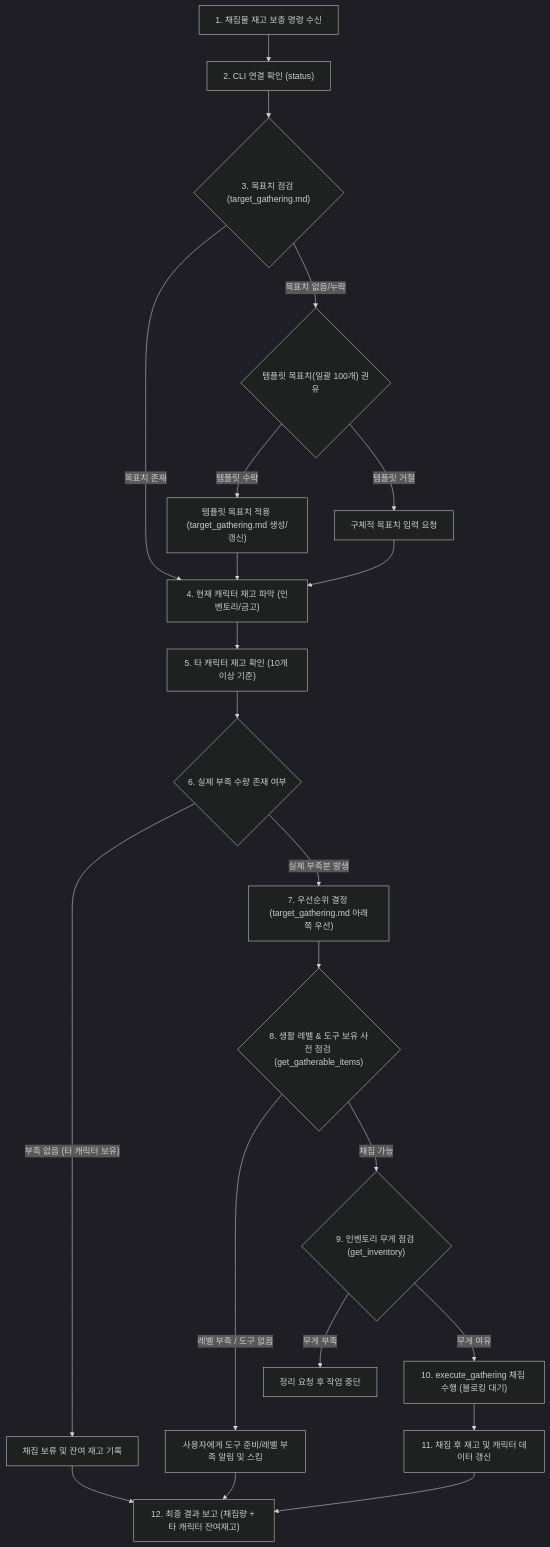
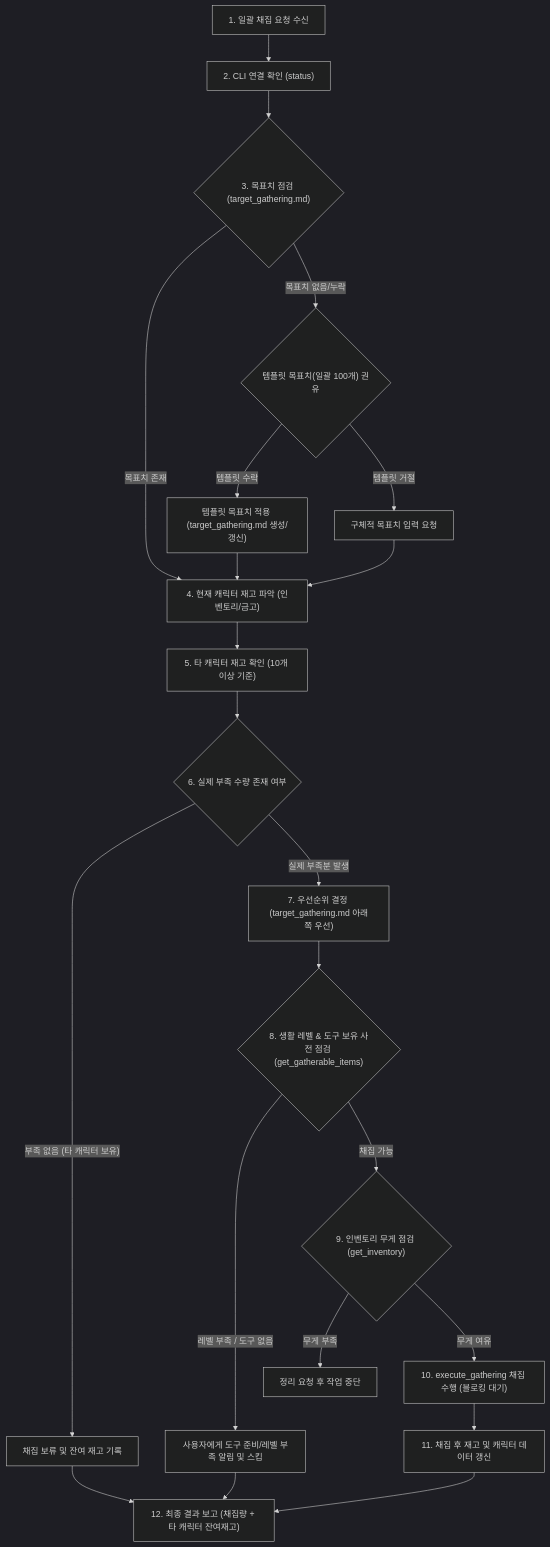
One commit to ernest6164/mobi-helper changed the diagram in references/workflows/stock_gathering.md. Above: the diagram before and after it, drawn with Mermaid (dark theme). The commit also changed other lines of this file and 4 other files, not shown here.

````diff
--- a/references/workflows/stock_gathering.md
+++ b/references/workflows/stock_gathering.md
@@ -11,24 +11,24 @@
 ```mermaid
 flowchart TD
-    Start["1. 채집물 재고 보충 명령 수신"] --> CheckConn["2. CLI 연결 확인 (status)"]
+    Start["1. 일괄 채집 요청 수신"] --> CheckConn["2. CLI 연결 확인 (status)"]
     CheckConn --> CheckTarget{"3. 목표치 점검 (target_gathering.md)"}
     CheckTarget -- "목표치 존재" --> CurrentStock["4. 현재 캐릭터 재고 파악 (인벤토리/금고)"]
     CheckTarget -- "목표치 없음/누락" --> SuggestTemplate{"템플릿 목표치(일괄 100개) 권유"}
     SuggestTemplate -- "템플릿 수락" --> ApplyTemplate["템플릿 목표치 적용 (target_gathering.md 생성/갱신)"]
     ApplyTemplate --> CurrentStock
     SuggestTemplate -- "템플릿 거절" --> AskCustomTarget["구체적 목표치 입력 요청"]
     AskCustomTarget --> CurrentStock
     CurrentStock --> CheckOtherChars["5. 타 캐릭터 재고 확인 (10개 이상 기준)"]
     CheckOtherChars --> DecideGather{"6. 실제 부족 수량 존재 여부"}
     DecideGather -- "부족 없음 (타 캐릭터 보유)" --> HoldItem["채집 보류 및 잔여 재고 기록"]
     DecideGather -- "실제 부족분 발생" --> PrioritySort["7. 우선순위 결정 (target_gathering.md 아래쪽 우선)"]
     PrioritySort --> CheckToolSkill{"8. 생활 레벨 & 도구 보유 사전 점검 (get_gatherable_items)"}
     CheckToolSkill -- "레벨 부족 / 도구 없음" --> NotifyUser["사용자에게 도구 준비/레벨 부족 알림 및 스킵"]
     CheckToolSkill -- "채집 가능" --> CheckWeight{"9. 인벤토리 무게 점검 (get_inventory)"}
     CheckWeight -- "무게 부족" --> CleanInven["정리 요청 후 작업 중단"]
     CheckWeight -- "무게 여유" --> RunGather["10. execute_gathering 채집 수행 (블로킹 대기)"]
     RunGather --> SyncAfter["11. 채집 후 재고 및 캐릭터 데이터 갱신"]
     HoldItem --> Report["12. 최종 결과 보고 (채집량 + 타 캐릭터 잔여재고)"]
     NotifyUser --> Report
     SyncAfter --> Report
 ```
````
